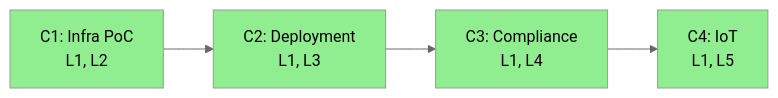
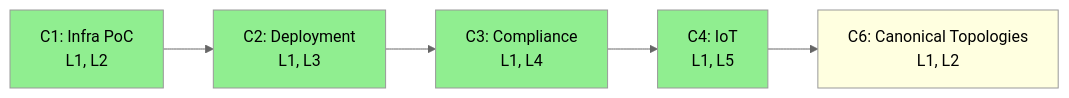
One commit to casehubio/casehub-ops changed the fourth of 4 diagrams in ARC42STORIES.MD. Above: the diagram before and after it, drawn with Mermaid (neutral theme). The commit also changed other lines of this file and 1 other file, not shown here.

First line of the commit message:
wip: ARC42STORIES C6 + issue scaffolding for canonical deployment topologies

````diff
--- a/ARC42STORIES.MD
+++ b/ARC42STORIES.MD
@@ -312,11 +313,13 @@
 ```mermaid
 flowchart LR
   C1["C1: Infra PoC\nL1, L2"] --> C2["C2: Deployment\nL1, L3"]
   C2 --> C3["C3: Compliance\nL1, L4"]
   C3 --> C4["C4: IoT\nL1, L5"]
+  C4 --> C6["C6: Canonical Topologies\nL1, L2"]
 
   style C1 fill:#90EE90,color:#000
   style C2 fill:#90EE90,color:#000
   style C3 fill:#90EE90,color:#000
   style C4 fill:#90EE90,color:#000
+  style C6 fill:#FFFFE0,color:#000
 ```
````
